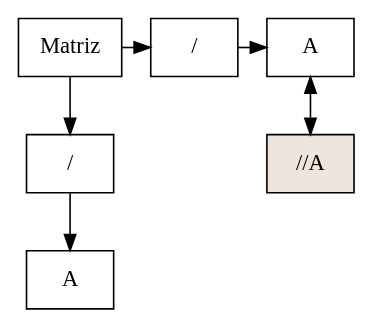
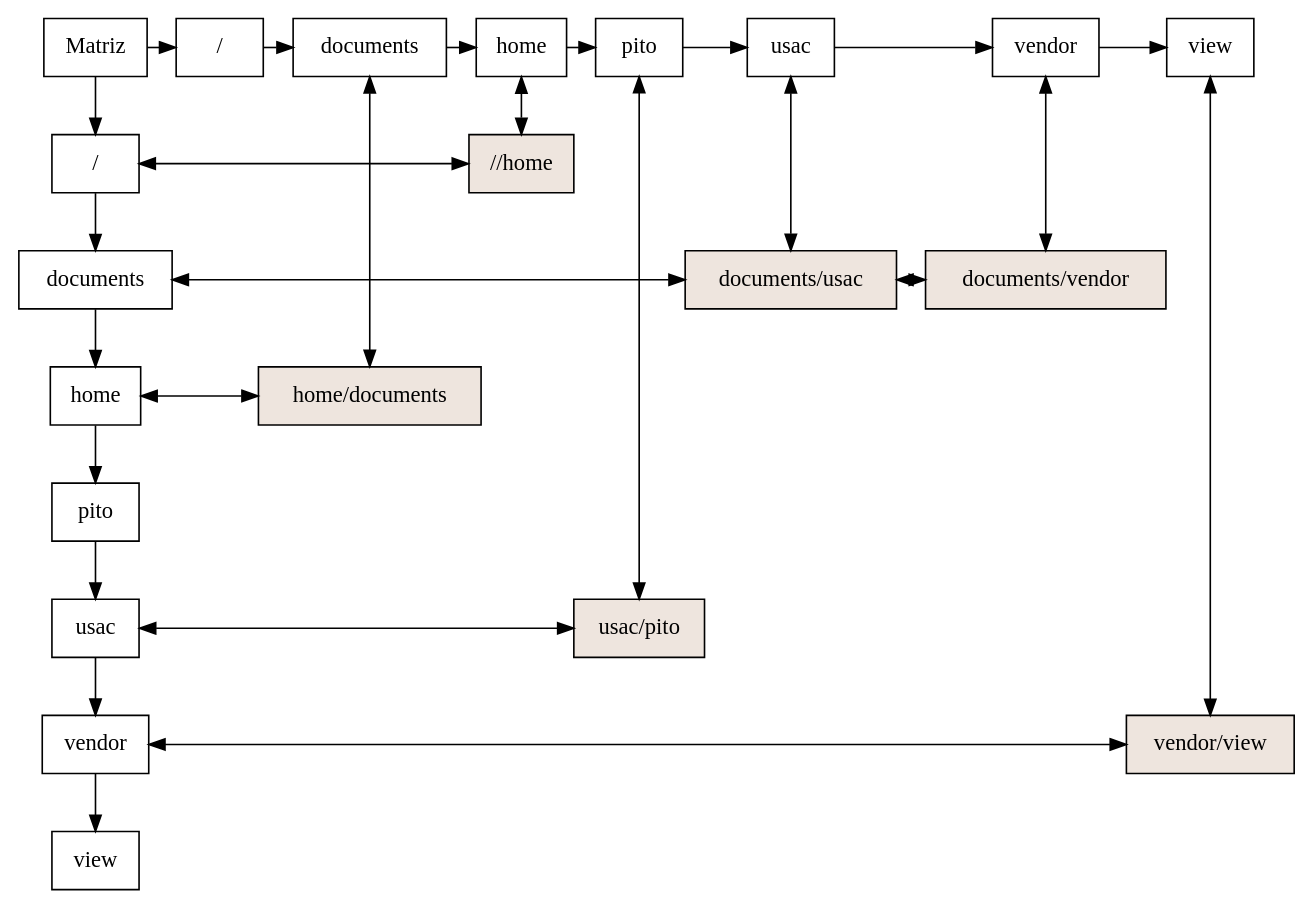
One commit to Eduardo01004/EDD_2S2019_PY2_201612124 changed the diagram in Proyecto2/Matriz.dot. Above: the diagram before and after it, drawn with Graphviz. The commit also changed 54 other files, not shown here.

```diff
--- a/Proyecto2/Matriz.dot
+++ b/Proyecto2/Matriz.dot
@@ -1,24 +1,75 @@
 digraph G{
 node [shape = box]
 raiz[label="Matriz"  group=1];
-2070376499 [label="/" group = 1];
-1319787705 [label="A" group = 1];
-2070376499->1319787705[dir=normal];
-716179205 [label="/" group = 49];
-1467277627 [label="A" group = 67];
-716179205->1467277627[dir=normal];
-raiz ->2070376499
-raiz ->716179205
+239465106 [label="/" group = 1];
+267760927 [label="documents" group = 1];
+633070006 [label="home" group = 1];
+1459794865 [label="pito" group = 1];
+1776957250 [label="usac" group = 1];
+1268066861 [label="vendor" group = 1];
+827966648 [label="view" group = 1];
+239465106->267760927[dir=normal];
+267760927->633070006[dir=normal];
+633070006->1459794865[dir=normal];
+1459794865->1776957250[dir=normal];
+1776957250->1268066861[dir=normal];
+1268066861->827966648[dir=normal];
+1847509784 [label="/" group = 49];
+1668627309 [label="documents" group = 980];
+1795799895 [label="home" group = 427];
+1698097425 [label="pito" group = 446];
+1376400422 [label="usac" group = 430];
+418304857 [label="vendor" group = 656];
+1050349584 [label="view" group = 445];
+1847509784->1668627309[dir=normal];
+1668627309->1795799895[dir=normal];
+1795799895->1698097425[dir=normal];
+1698097425->1376400422[dir=normal];
+1376400422->418304857[dir=normal];
+418304857->1050349584[dir=normal];
+raiz ->239465106
+raiz ->1847509784
 { rank  = same; raiz 
-716179205;
-1467277627;
+1847509784;
+1668627309;
+1795799895;
+1698097425;
+1376400422;
+418304857;
+1050349584;
 }
-1342108747 [style=invis,fillcolor=seashell2,label= "///" group = 49 ];1664487221 [style=filled,fillcolor=seashell2,label= "//A" group = 67 ];
-2070376499->1342108747[style= invis];
-{ rank = same; 2070376499;
-1342108747;
-1664487221;
+731260860 [style=filled,fillcolor=seashell2,label= "home/documents" group = 980 ];
+1675763772 [style=filled,fillcolor=seashell2,label= "//home" group = 427 ];
+520016214 [style=filled,fillcolor=seashell2,label= "usac/pito" group = 446 ];
+1731722639 [style=filled,fillcolor=seashell2,label= "documents/usac" group = 430 ];
+1924582348 [style=filled,fillcolor=seashell2,label= "documents/vendor" group = 656 ];
+11003494 [style=filled,fillcolor=seashell2,label= "vendor/view" group = 445 ];
+239465106->1675763772[dir=both];
+{ rank = same; 239465106;
+1675763772;
 }
-716179205->1342108747[style= invis];
-1467277627->1664487221[dir=both];
+267760927->1731722639[dir=both];
+1731722639->1924582348[dir=both];
+{ rank = same; 267760927;
+1731722639;
+1924582348;
 }
+633070006->731260860[dir=both];
+{ rank = same; 633070006;
+731260860;
+}
+1776957250->520016214[dir=both];
+{ rank = same; 1776957250;
+520016214;
+}
+1268066861->11003494[dir=both];
+{ rank = same; 1268066861;
+11003494;
+}
+1668627309->731260860[dir=both];
+1795799895->1675763772[dir=both];
+1698097425->520016214[dir=both];
+1376400422->1731722639[dir=both];
+418304857->1924582348[dir=both];
+1050349584->11003494[dir=both];
+}
```
